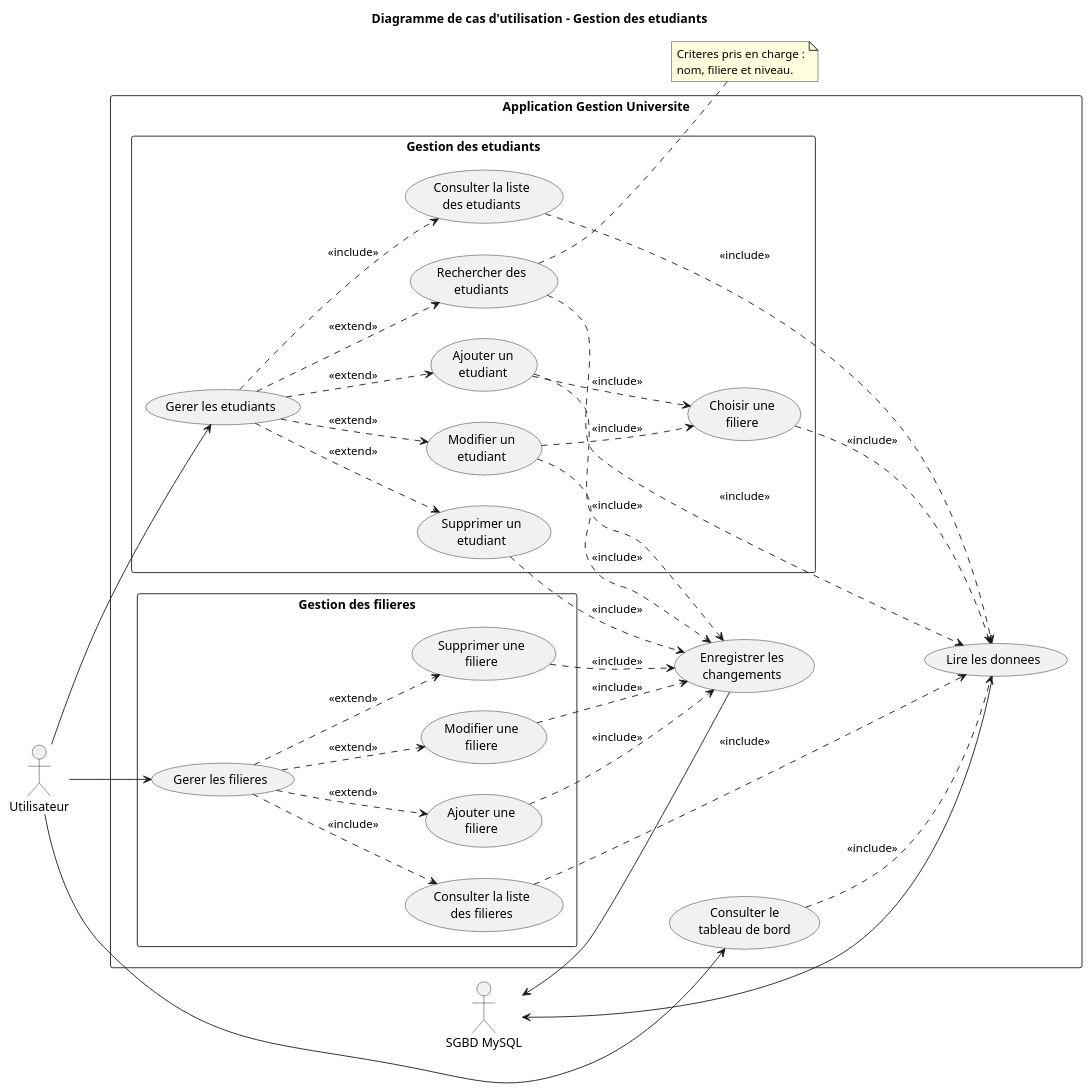
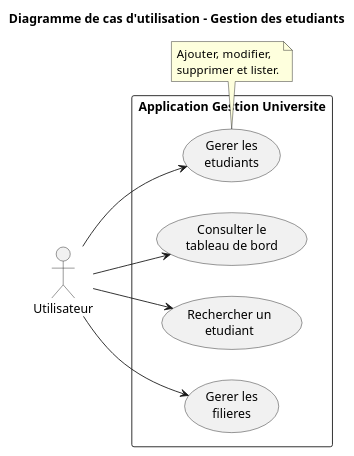
Before and after one commit to mehdidabaj/app-etudiant: the diagram in docs/uml/use-case.puml, drawn with PlantUML. The commit also changed 10 other files, not shown here.

Commit message:
Simplify UML diagrams and add PNG exports

```diff
--- a/docs/uml/use-case.puml
+++ b/docs/uml/use-case.puml
@@ -1,73 +1,25 @@
 @startuml
 title Diagramme de cas d'utilisation - Gestion des etudiants
 left to right direction
-skinparam packageStyle rectangle
+skinparam shadowing false
 
 actor "Utilisateur" as Utilisateur
-actor "SGBD MySQL" as MySQL
 
 rectangle "Application Gestion Universite" {
   usecase "Consulter le\ntableau de bord" as UC_Dashboard
-
-  package "Gestion des etudiants" {
-    usecase "Gerer les etudiants" as UC_GererEtudiants
-    usecase "Consulter la liste\ndes etudiants" as UC_ListerEtudiants
-    usecase "Rechercher des\netudiants" as UC_RechercherEtudiants
-    usecase "Ajouter un\netudiant" as UC_AjouterEtudiant
-    usecase "Modifier un\netudiant" as UC_ModifierEtudiant
-    usecase "Supprimer un\netudiant" as UC_SupprimerEtudiant
-    usecase "Choisir une\nfiliere" as UC_ChoisirFiliere
-  }
-
-  package "Gestion des filieres" {
-    usecase "Gerer les filieres" as UC_GererFilieres
-    usecase "Consulter la liste\ndes filieres" as UC_ListerFilieres
-    usecase "Ajouter une\nfiliere" as UC_AjouterFiliere
-    usecase "Modifier une\nfiliere" as UC_ModifierFiliere
-    usecase "Supprimer une\nfiliere" as UC_SupprimerFiliere
-  }
-
-  usecase "Lire les donnees" as UC_LireDonnees
-  usecase "Enregistrer les\nchangements" as UC_Enregistrer
+  usecase "Gerer les\netudiants" as UC_Etudiants
+  usecase "Rechercher un\netudiant" as UC_Recherche
+  usecase "Gerer les\nfilieres" as UC_Filieres
 }
 
 Utilisateur --> UC_Dashboard
-Utilisateur --> UC_GererEtudiants
-Utilisateur --> UC_GererFilieres
+Utilisateur --> UC_Etudiants
+Utilisateur --> UC_Recherche
+Utilisateur --> UC_Filieres
 
-UC_GererEtudiants ..> UC_ListerEtudiants : <<include>>
-UC_GererEtudiants ..> UC_RechercherEtudiants : <<extend>>
-UC_GererEtudiants ..> UC_AjouterEtudiant : <<extend>>
-UC_GererEtudiants ..> UC_ModifierEtudiant : <<extend>>
-UC_GererEtudiants ..> UC_SupprimerEtudiant : <<extend>>
-
-UC_AjouterEtudiant ..> UC_ChoisirFiliere : <<include>>
-UC_ModifierEtudiant ..> UC_ChoisirFiliere : <<include>>
-
-UC_GererFilieres ..> UC_ListerFilieres : <<include>>
-UC_GererFilieres ..> UC_AjouterFiliere : <<extend>>
-UC_GererFilieres ..> UC_ModifierFiliere : <<extend>>
-UC_GererFilieres ..> UC_SupprimerFiliere : <<extend>>
-
-UC_Dashboard ..> UC_LireDonnees : <<include>>
-UC_ListerEtudiants ..> UC_LireDonnees : <<include>>
-UC_RechercherEtudiants ..> UC_LireDonnees : <<include>>
-UC_ListerFilieres ..> UC_LireDonnees : <<include>>
-UC_ChoisirFiliere ..> UC_LireDonnees : <<include>>
-
-UC_AjouterEtudiant ..> UC_Enregistrer : <<include>>
-UC_ModifierEtudiant ..> UC_Enregistrer : <<include>>
-UC_SupprimerEtudiant ..> UC_Enregistrer : <<include>>
-UC_AjouterFiliere ..> UC_Enregistrer : <<include>>
-UC_ModifierFiliere ..> UC_Enregistrer : <<include>>
-UC_SupprimerFiliere ..> UC_Enregistrer : <<include>>
-
-MySQL <-- UC_LireDonnees
-MySQL <-- UC_Enregistrer
-
-note right of UC_RechercherEtudiants
-  Criteres pris en charge :
-  nom, filiere et niveau.
+note bottom of UC_Etudiants
+  Ajouter, modifier,
+  supprimer et lister.
 end note
 
 @enduml
```
